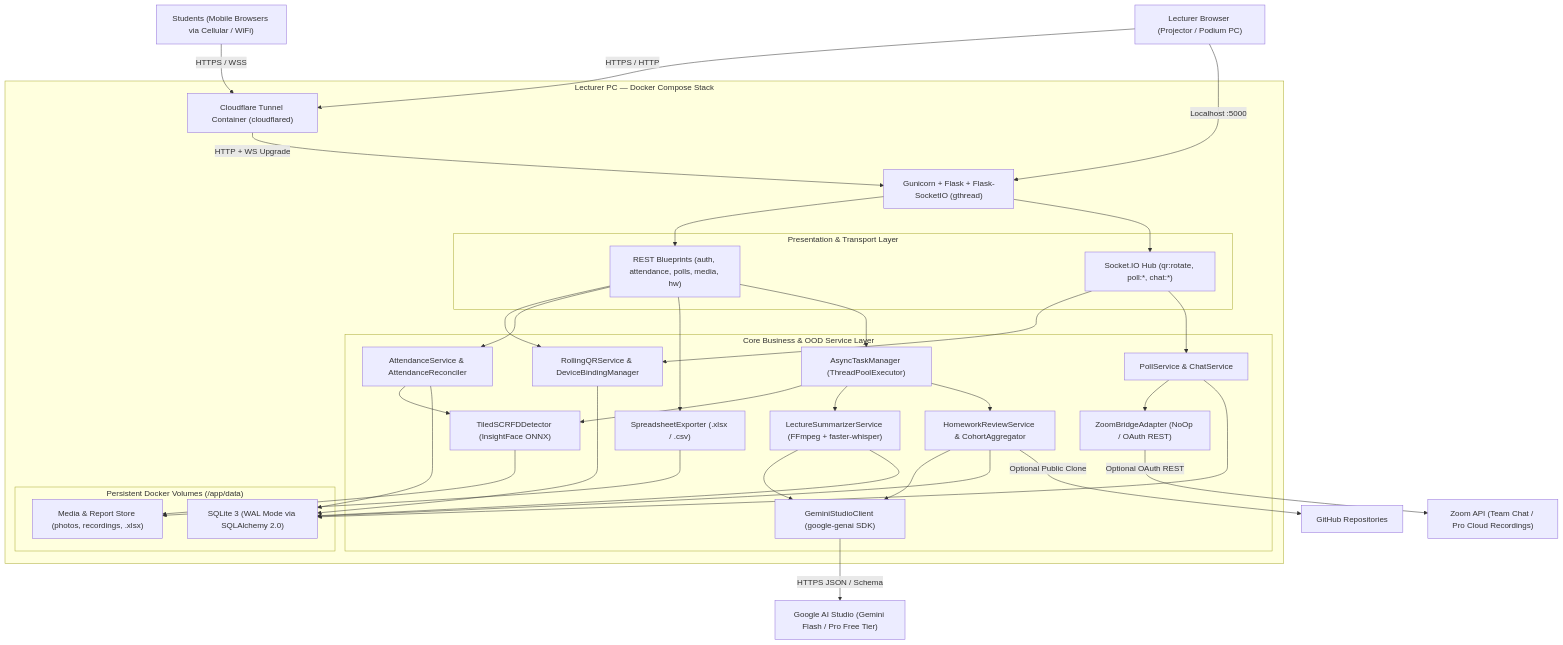
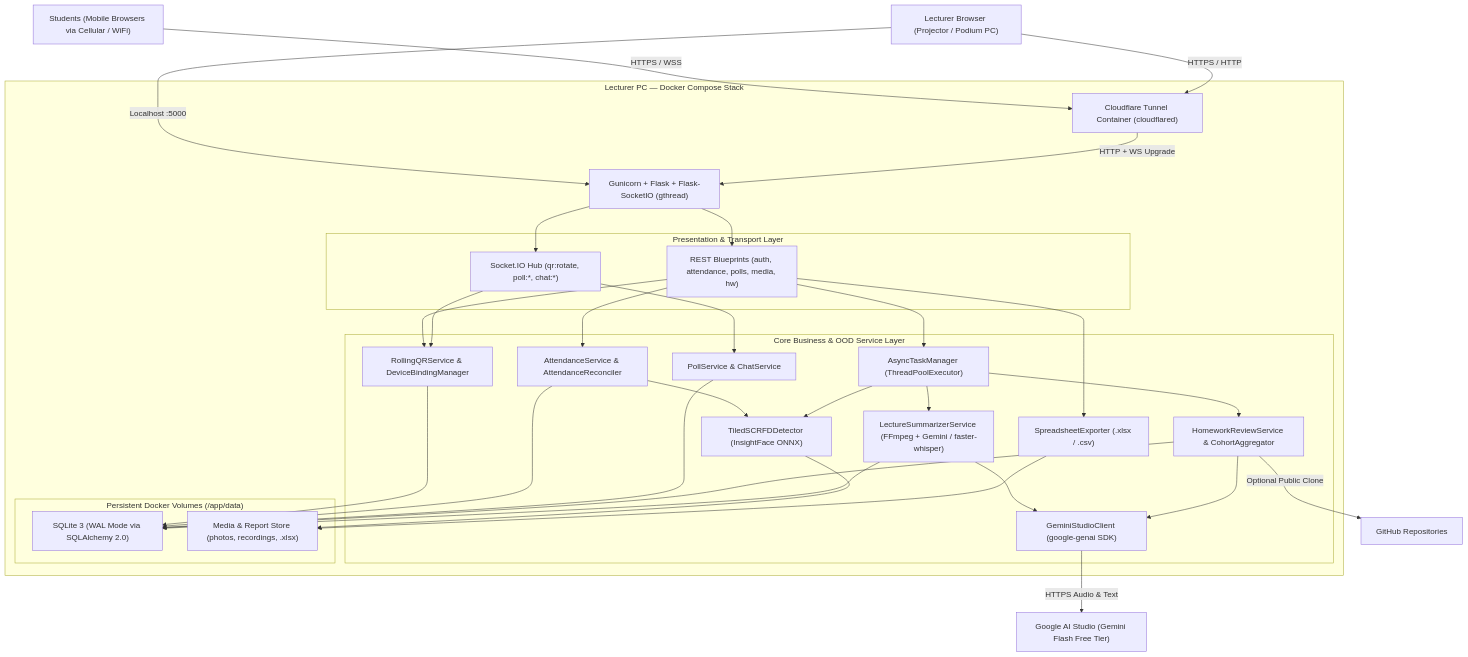
The first of 9 diagrams in docs/software_design_and_architecture.md (ohad-BN/Ex1), drawn with Mermaid before and after one commit. The commit also changed other lines of this file and 32 other files, not shown here.

````diff
--- a/docs/software_design_and_architecture.md
+++ b/docs/software_design_and_architecture.md
@@ -13,60 +13,57 @@
 ```mermaid
 flowchart TD
     Students["Students (Mobile Browsers via Cellular / WiFi)"] -->|HTTPS / WSS| Tunnel["Cloudflare Tunnel Container (cloudflared)"]
     Lecturer["Lecturer Browser (Projector / Podium PC)"] -->|HTTPS / HTTP| Tunnel
     Lecturer -->|Localhost :5000| Gunicorn
 
     subgraph DockerHost["Lecturer PC — Docker Compose Stack"]
         Tunnel -->|HTTP + WS Upgrade| Gunicorn["Gunicorn + Flask + Flask-SocketIO (gthread)"]
 
         subgraph WebLayer["Presentation & Transport Layer"]
             Routes["REST Blueprints (auth, attendance, polls, media, hw)"]
             Sockets["Socket.IO Hub (qr:rotate, poll:*, chat:*)"]
         end
 
         subgraph DomainServices["Core Business & OOD Service Layer"]
             QR["RollingQRService & DeviceBindingManager"]
             Attend["AttendanceService & AttendanceReconciler"]
             Vision["TiledSCRFDDetector (InsightFace ONNX)"]
             Report["SpreadsheetExporter (.xlsx / .csv)"]
             Live["PollService & ChatService"]
-            Zoom["ZoomBridgeAdapter (NoOp / OAuth REST)"]
-            Whisper["LectureSummarizerService (FFmpeg + faster-whisper)"]
+            Whisper["LectureSummarizerService (FFmpeg + Gemini / faster-whisper)"]
             HW["HomeworkReviewService & CohortAggregator"]
             LLM["GeminiStudioClient (google-genai SDK)"]
             Tasks["AsyncTaskManager (ThreadPoolExecutor)"]
         end
 
         subgraph Storage["Persistent Docker Volumes (/app/data)"]
             DB["SQLite 3 (WAL Mode via SQLAlchemy 2.0)"]
             Files["Media & Report Store (photos, recordings, .xlsx)"]
         end
 
         Gunicorn --> Routes
         Gunicorn --> Sockets
         Routes --> QR
         Routes --> Attend
         Routes --> Report
         Routes --> Tasks
         Sockets --> QR
         Sockets --> Live
         Attend --> Vision
-        Live --> Zoom
         Tasks --> Vision
         Tasks --> Whisper
         Tasks --> HW
         Whisper --> LLM
         HW --> LLM
         QR --> DB
         Attend --> DB
         Live --> DB
         HW --> DB
         Whisper --> DB
         Vision --> Files
         Report --> Files
     end
 
-    Zoom -->|Optional OAuth REST| ZoomCloud["Zoom API (Team Chat / Pro Cloud Recordings)"]
-    LLM -->|HTTPS JSON / Schema| GeminiAPI["Google AI Studio (Gemini Flash / Pro Free Tier)"]
+    LLM -->|HTTPS Audio & Text| GeminiAPI["Google AI Studio (Gemini Flash Free Tier)"]
     HW -->|Optional Public Clone| GitHub["GitHub Repositories"]
 ```
````
